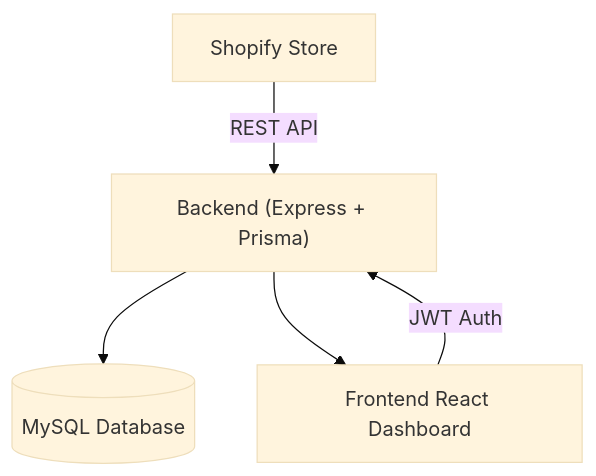
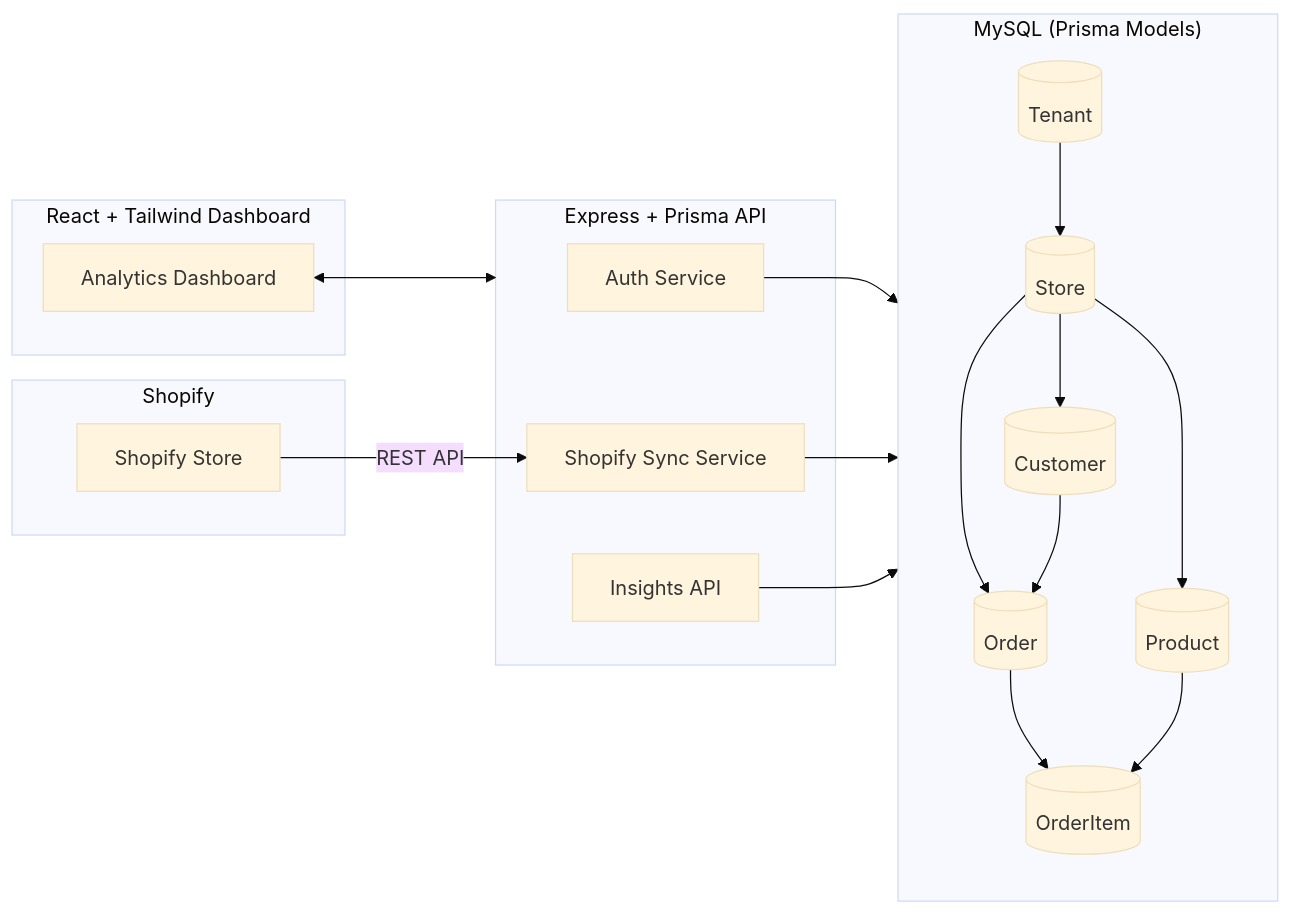
One commit to Iconic-017/Xeno_Assignment changed the diagram in Readme.MD. Above: the diagram before and after it, drawn with Mermaid (base theme). The commit also changed other lines of this file and 10 other files, not shown here.

````diff
--- a/Readme.MD
+++ b/Readme.MD
@@ -19,7 +26,44 @@
 ```mermaid
-graph TD
-  A[Shopify Store] -->|REST API| B["Backend (Express + Prisma)"]
-  B --> C[(MySQL Database)]
-  B --> D[Frontend React Dashboard]
-  D -->|JWT Auth| B
+flowchart LR
+  %% Shopify API
+  subgraph Shopify
+    A[Shopify Store]
+  end
+
+  %% Backend Services
+  subgraph Backend["Express + Prisma API"]
+    B1[Auth Service]
+    B2[Shopify Sync Service]
+    B3[Insights API]
+  end
+
+  %% Database Schema
+  subgraph Database["MySQL (Prisma Models)"]
+    D1[(Tenant)]
+    D2[(Store)]
+    D3[(Customer)]
+    D4[(Order)]
+    D5[(Product)]
+    D6[(OrderItem)]
+  end
+
+  %% Frontend
+  subgraph Frontend["React + Tailwind Dashboard"]
+    C[Analytics Dashboard]
+  end
+
+  %% External Flow
+  A -- REST API --> B2
+  B1 & B2 & B3 --> Database
+  C <--> Backend
+
+  %% Internal DB Relations
+  D1 --> D2  
+  D2 --> D3  
+  D2 --> D4  
+  D2 --> D5  
+  D3 --> D4  
+  D4 --> D6  
+  D5 --> D6   
+
 ```
````
